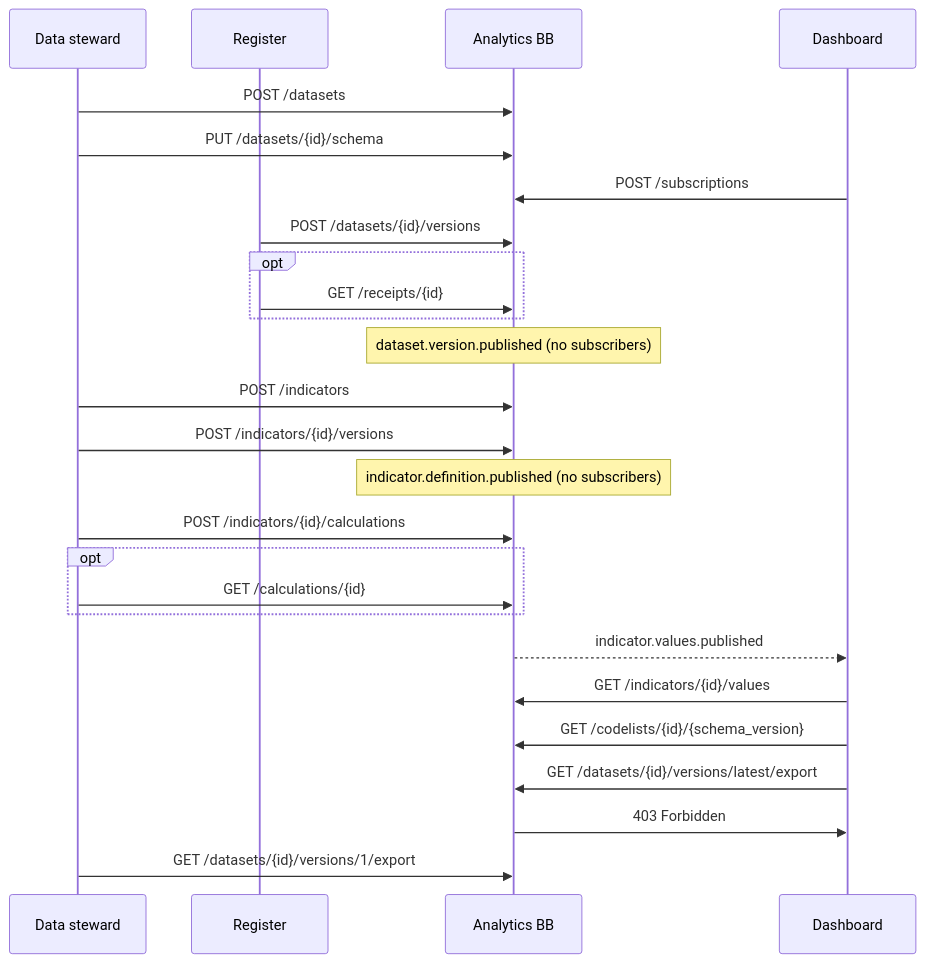
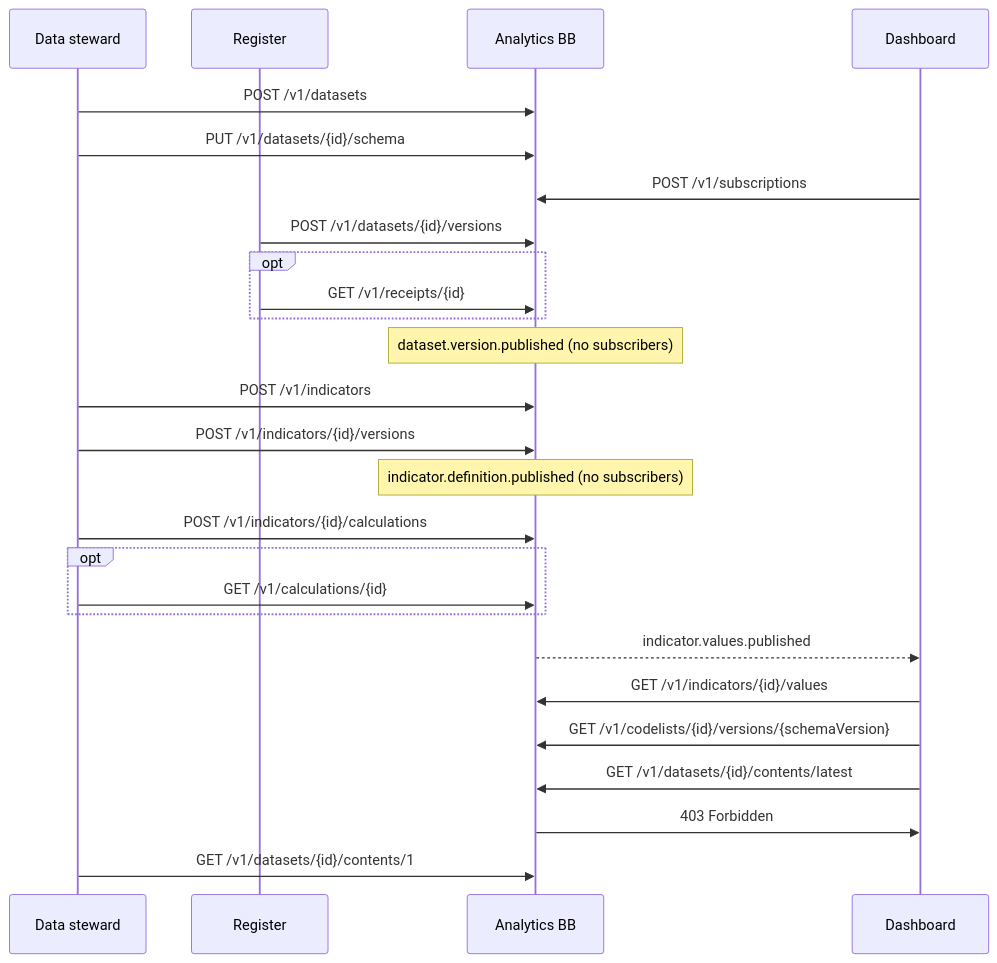
Before and after one commit to GovStackWorkingGroup/bb-analytics: the second of 4 diagrams in spec/9-workflows.md, drawn with Mermaid. The commit also changed other lines of this file and 23 other files, not shown here.

````diff
--- a/spec/9-workflows.md
+++ b/spec/9-workflows.md
@@ -32,28 +32,28 @@
 ```mermaid
 sequenceDiagram
     participant DS as Data steward
     participant R as Register
     participant A as Analytics BB
     participant D as Dashboard
-    DS->>A: POST /datasets
-    DS->>A: PUT /datasets/{id}/schema
-    D->>A: POST /subscriptions
-    R->>A: POST /datasets/{id}/versions
+    DS->>A: POST /v1/datasets
+    DS->>A: PUT /v1/datasets/{id}/schema
+    D->>A: POST /v1/subscriptions
+    R->>A: POST /v1/datasets/{id}/versions
     opt
-        R->>A: GET /receipts/{id}
+        R->>A: GET /v1/receipts/{id}
     end
     Note over A: dataset.version.published (no subscribers)
-    DS->>A: POST /indicators
-    DS->>A: POST /indicators/{id}/versions
+    DS->>A: POST /v1/indicators
+    DS->>A: POST /v1/indicators/{id}/versions
     Note over A: indicator.definition.published (no subscribers)
-    DS->>A: POST /indicators/{id}/calculations
+    DS->>A: POST /v1/indicators/{id}/calculations
     opt
-        DS->>A: GET /calculations/{id}
+        DS->>A: GET /v1/calculations/{id}
     end
     A-->>D: indicator.values.published
-    D->>A: GET /indicators/{id}/values
-    D->>A: GET /codelists/{id}/{schema_version}
-    D->>A: GET /datasets/{id}/versions/latest/export
+    D->>A: GET /v1/indicators/{id}/values
+    D->>A: GET /v1/codelists/{id}/versions/{schemaVersion}
+    D->>A: GET /v1/datasets/{id}/contents/latest
     A->>D: 403 Forbidden
-    DS->>A: GET /datasets/{id}/versions/1/export
+    DS->>A: GET /v1/datasets/{id}/contents/1
 ```
````
